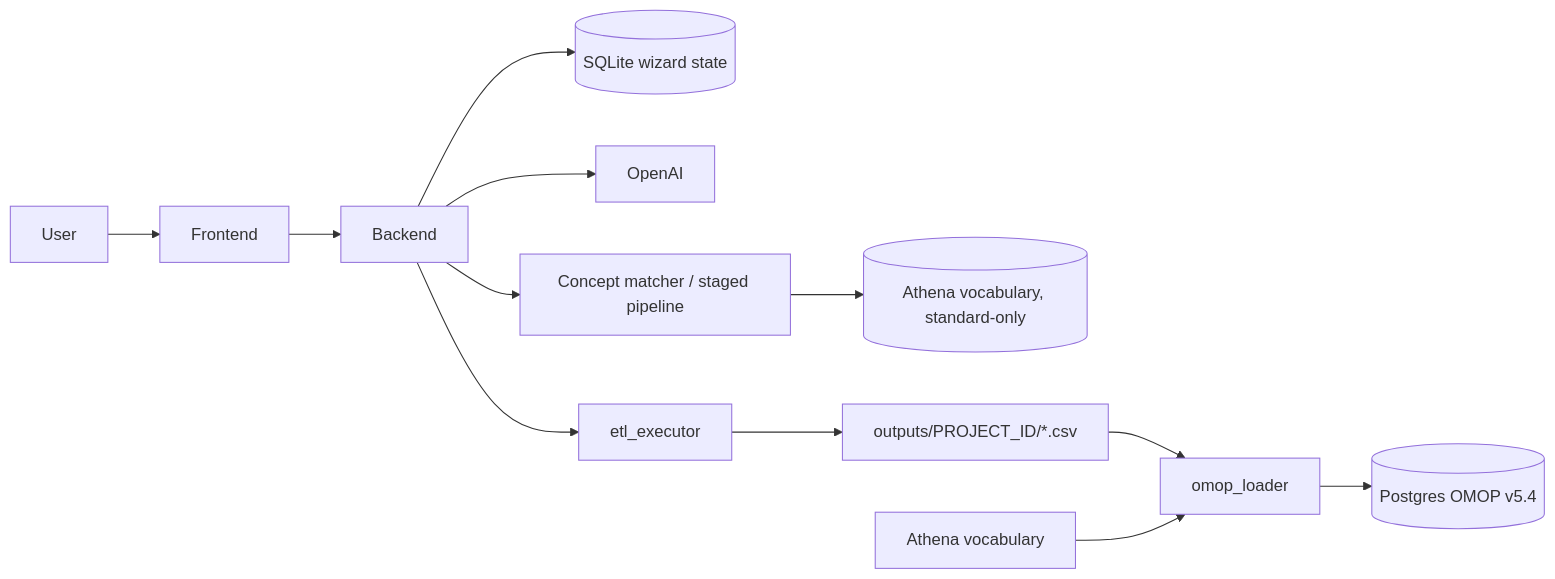
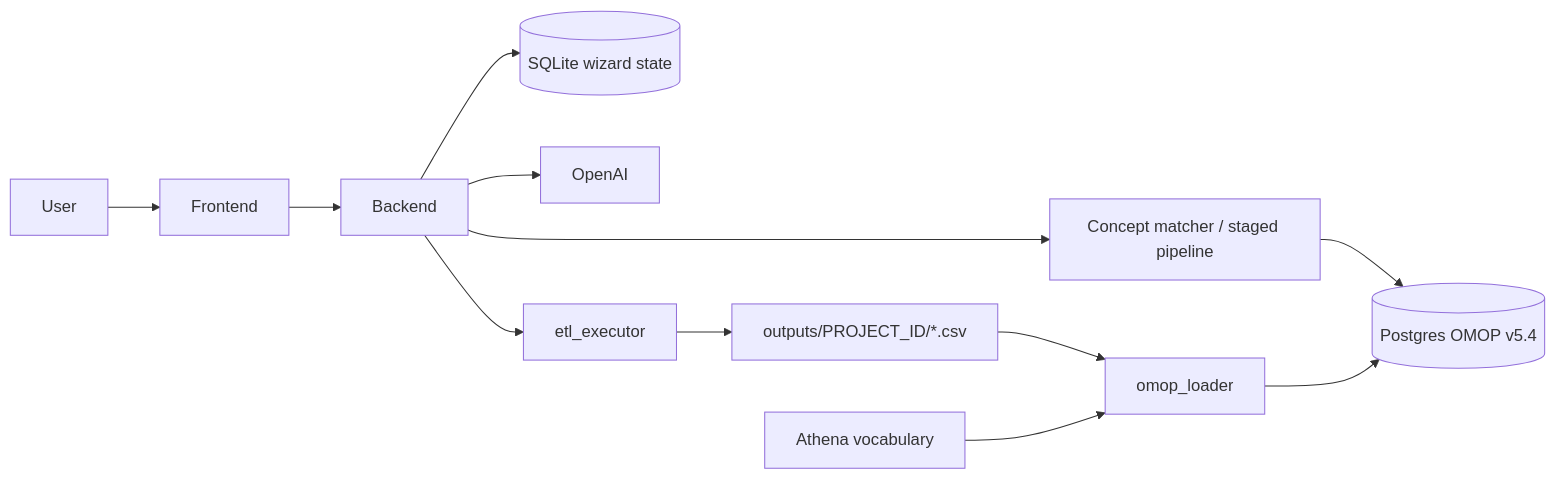
The diagram in README.md (manoshatzak27/ETL_auto_designer), drawn with Mermaid before and after one commit. The commit also changed other lines of this file and 6 other files, not shown here.

````diff
--- a/README.md
+++ b/README.md
@@ -13,14 +13,14 @@
 ```mermaid
 flowchart LR
   User --> Frontend
   Frontend --> Backend
   Backend --> SQLite[(SQLite wizard state)]
   Backend --> OpenAI
   Backend --> ConceptMatcher[Concept matcher / staged pipeline]
-  ConceptMatcher --> VocabDb[(Athena vocabulary, standard-only)]
+  ConceptMatcher --> Postgres
   Backend --> Executor[etl_executor]
   Executor --> Outputs[outputs/PROJECT_ID/*.csv]
   Outputs --> Loader[omop_loader]
   Loader --> Postgres[(Postgres OMOP v5.4)]
   VocabBundle[Athena vocabulary] --> Loader
 ```
````
